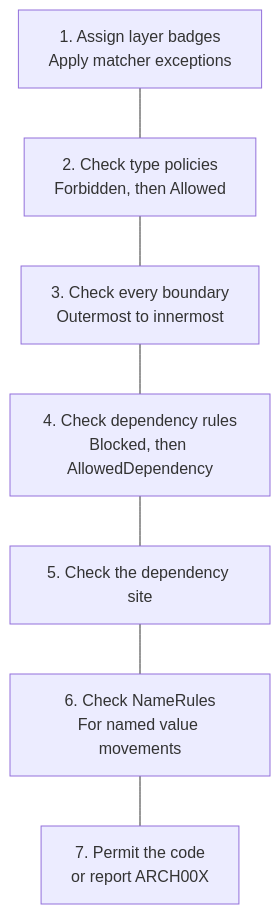
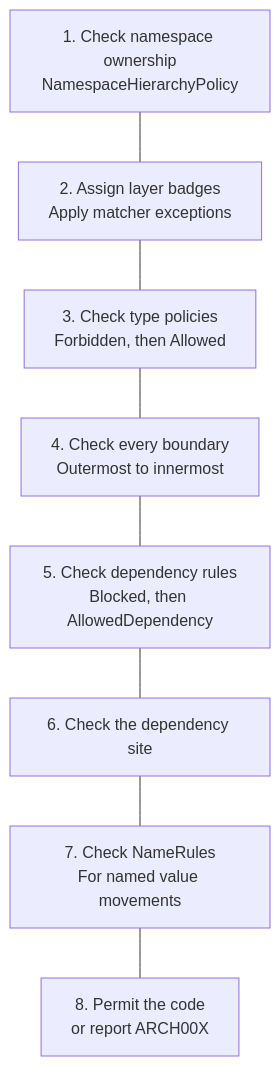
Before and after one commit to RonSijm/RonSijm.AnaalIJzer: the diagram in docs/configuration/mental-model.md, drawn with Mermaid. The commit also changed other lines of this file and 704 other files, not shown here.

````diff
--- a/docs/configuration/mental-model.md
+++ b/docs/configuration/mental-model.md
@@ -71,17 +81,19 @@
 ```mermaid
 flowchart TD
-    Classify["1. Assign layer badges<br/>Apply matcher exceptions"]
-    TypePolicy["2. Check type policies<br/>Forbidden, then Allowed"]
-    Boundaries["3. Check every boundary<br/>Outermost to innermost"]
-    Edges["4. Check dependency rules<br/>Blocked, then AllowedDependency"]
-    Sites["5. Check the dependency site"]
-    Names["6. Check NameRules<br/>For named value movements"]
-    Result["7. Permit the code<br/>or report ARCH00X"]
+    NamespaceOwnership["1. Check namespace ownership<br/>NamespaceHierarchyPolicy"]
+    Classify["2. Assign layer badges<br/>Apply matcher exceptions"]
+    TypePolicy["3. Check type policies<br/>Forbidden, then Allowed"]
+    Boundaries["4. Check every boundary<br/>Outermost to innermost"]
+    Edges["5. Check dependency rules<br/>Blocked, then AllowedDependency"]
+    Sites["6. Check the dependency site"]
+    Names["7. Check NameRules<br/>For named value movements"]
+    Result["8. Permit the code<br/>or report ARCH00X"]
 
+    NamespaceOwnership --- Classify
     Classify --- TypePolicy
     TypePolicy --- Boundaries
     Boundaries --- Edges
     Edges --- Sites
     Sites --- Names
     Names --- Result
 ```
````
